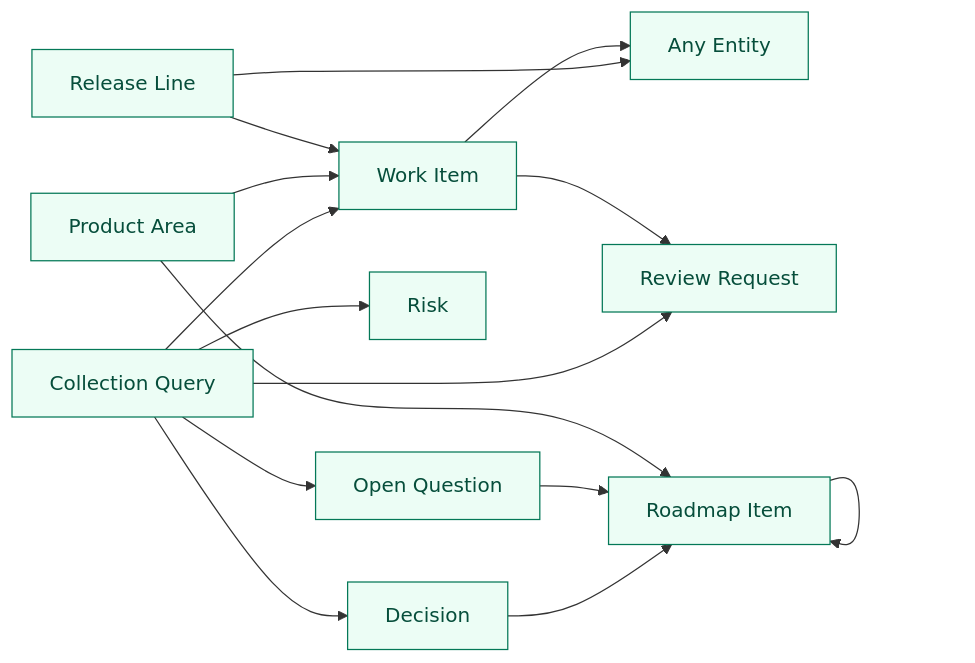
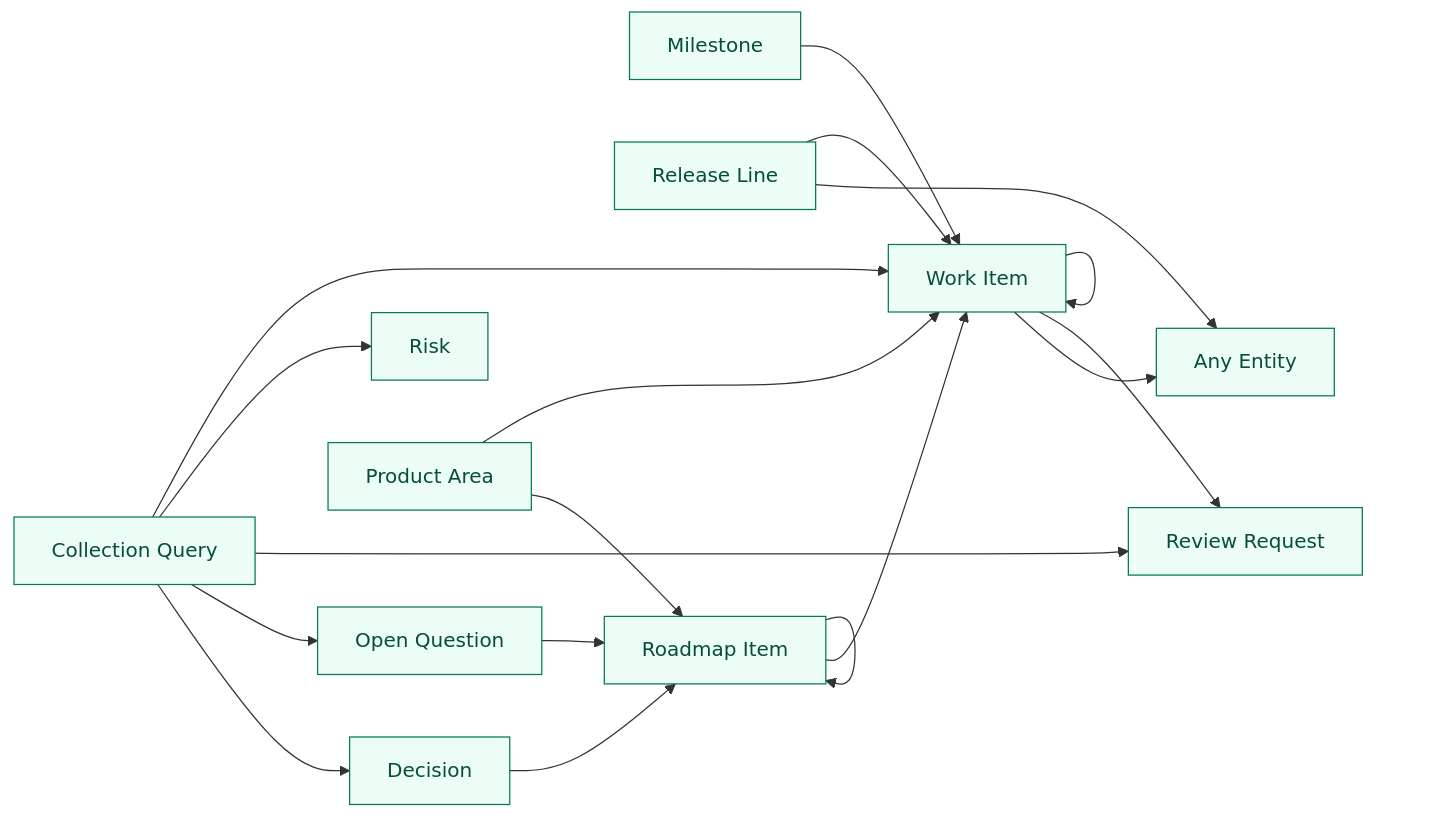
Before and after one commit to cruxible-ai/cruxible: the third of 3 diagrams in kits/project-state/README.md, drawn with Mermaid. The commit also changed other lines of this file and 8 other files, not shown here.

````diff
--- a/kits/project-state/README.md
+++ b/kits/project-state/README.md
@@ -297,30 +299,34 @@
 ```mermaid
 flowchart LR
   classDef queryEntity fill:#ecfdf5,stroke:#047857,color:#064e3b
 
   query_entity_AnyEntity["Any Entity"]
   query_entity_Collection_query["Collection Query"]
   query_entity_Decision["Decision"]
+  query_entity_Milestone["Milestone"]
   query_entity_OpenQuestion["Open Question"]
   query_entity_ProductArea["Product Area"]
   query_entity_ReleaseLine["Release Line"]
   query_entity_ReviewRequest["Review Request"]
   query_entity_Risk["Risk"]
   query_entity_RoadmapItem["Roadmap Item"]
   query_entity_WorkItem["Work Item"]
-  class query_entity_AnyEntity,query_entity_Collection_query,query_entity_Decision,query_entity_OpenQuestion,query_entity_ProductArea,query_entity_ReleaseLine,query_entity_ReviewRequest,query_entity_Risk,query_entity_RoadmapItem,query_entity_WorkItem queryEntity
+  class query_entity_AnyEntity,query_entity_Collection_query,query_entity_Decision,query_entity_Milestone,query_entity_OpenQuestion,query_entity_ProductArea,query_entity_ReleaseLine,query_entity_ReviewRequest,query_entity_Risk,query_entity_RoadmapItem,query_entity_WorkItem queryEntity
   query_entity_Collection_query --> query_entity_Decision
   query_entity_Collection_query --> query_entity_OpenQuestion
   query_entity_Collection_query --> query_entity_ReviewRequest
   query_entity_Collection_query --> query_entity_Risk
   query_entity_Collection_query --> query_entity_WorkItem
   query_entity_Decision --> query_entity_RoadmapItem
+  query_entity_Milestone --> query_entity_WorkItem
   query_entity_OpenQuestion --> query_entity_RoadmapItem
   query_entity_ProductArea --> query_entity_RoadmapItem
   query_entity_ProductArea --> query_entity_WorkItem
   query_entity_ReleaseLine --> query_entity_AnyEntity
   query_entity_ReleaseLine --> query_entity_WorkItem
   query_entity_RoadmapItem --> query_entity_RoadmapItem
+  query_entity_RoadmapItem --> query_entity_WorkItem
   query_entity_WorkItem --> query_entity_AnyEntity
   query_entity_WorkItem --> query_entity_ReviewRequest
+  query_entity_WorkItem --> query_entity_WorkItem
 ```
````
